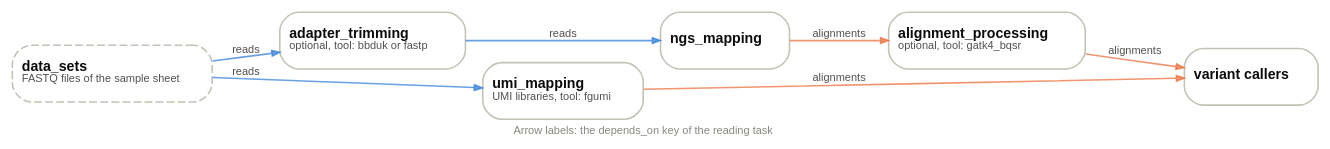
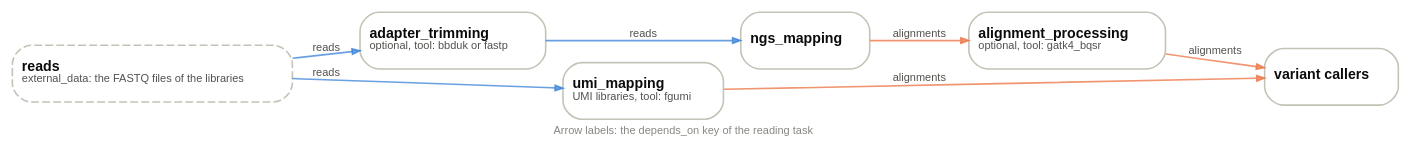
One commit to bihealth/snappy-pipeline changed the diagram in docs/somatic_ngs.md. Above: the diagram before and after it, drawn with Graphviz. The commit also changed other lines of this file and 63 other files, not shown here.

````diff
--- a/docs/somatic_ngs.md
+++ b/docs/somatic_ngs.md
@@ -14,23 +14,23 @@
 ```{graphviz}
-:alt: The chain of tasks from the FASTQ files of the data sets to the variant callers
+:alt: The chain of tasks from the FASTQ files of the libraries to the variant callers
 
 digraph chain {
     rankdir=LR; nodesep=0.12; ranksep=0.3;
     bgcolor="transparent"; fontname="Helvetica"; labelloc=b;
     label=<<FONT POINT-SIZE="7" COLOR="#898781">Arrow labels: the depends_on key of the reading task</FONT>>;
     node [shape=box, style="rounded,filled", fillcolor="#ffffff", color="#c3c2b7", fontname="Helvetica", fontsize=9, fontcolor="#0b0b0b", margin="0.08,0.03"];
     edge [arrowsize=0.5, penwidth=1.0, fontname="Helvetica", fontsize=7, fontcolor="#52514e"];
-    "data_sets" [style="rounded,dashed", label=<<B>data_sets</B><BR ALIGN="LEFT"/><FONT POINT-SIZE="7" COLOR="#52514e">FASTQ files of the sample sheet</FONT><BR ALIGN="LEFT"/>>];
+    "reads" [style="rounded,dashed", label=<<B>reads</B><BR ALIGN="LEFT"/><FONT POINT-SIZE="7" COLOR="#52514e">external_data: the FASTQ files of the libraries</FONT><BR ALIGN="LEFT"/>>];
     "adapter_trimming" [label=<<B>adapter_trimming</B><BR ALIGN="LEFT"/><FONT POINT-SIZE="7" COLOR="#52514e">optional, tool: bbduk or fastp</FONT><BR ALIGN="LEFT"/>>];
     "ngs_mapping" [label=<<B>ngs_mapping</B><BR ALIGN="LEFT"/>>];
     "umi_mapping" [label=<<B>umi_mapping</B><BR ALIGN="LEFT"/><FONT POINT-SIZE="7" COLOR="#52514e">UMI libraries, tool: fgumi</FONT><BR ALIGN="LEFT"/>>];
     "alignment_processing" [label=<<B>alignment_processing</B><BR ALIGN="LEFT"/><FONT POINT-SIZE="7" COLOR="#52514e">optional, tool: gatk4_bqsr</FONT><BR ALIGN="LEFT"/>>];
     "callers" [label=<<B>variant callers</B><BR ALIGN="LEFT"/>>];
-    "data_sets" -> "adapter_trimming" [color="#2a78d6b3", label="reads"];
+    "reads" -> "adapter_trimming" [color="#2a78d6b3", label="reads"];
     "adapter_trimming" -> "ngs_mapping" [color="#2a78d6b3", label="reads"];
     "ngs_mapping" -> "alignment_processing" [color="#eb6834b3", label="alignments"];
-    "data_sets" -> "umi_mapping" [color="#2a78d6b3", label="reads"];
+    "reads" -> "umi_mapping" [color="#2a78d6b3", label="reads"];
     "umi_mapping" -> "callers" [color="#eb6834b3", label="alignments"];
     "alignment_processing" -> "callers" [color="#eb6834b3", label="alignments"];
 }
 ```
````
